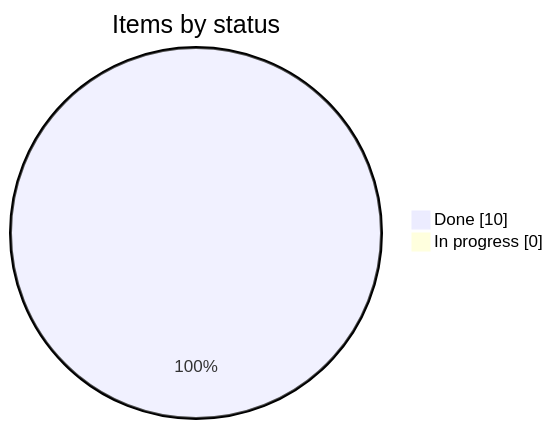
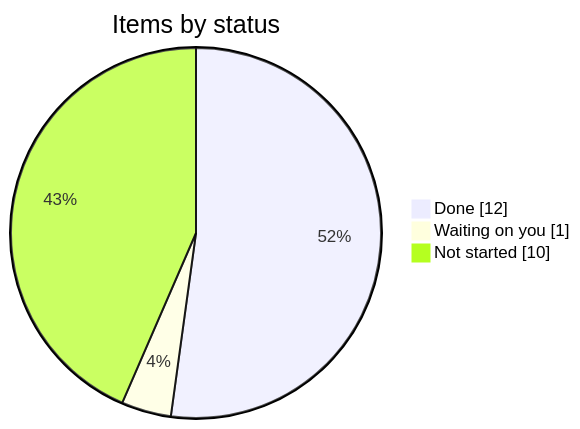
The first of 7 diagrams in AGENDA.md (wbp318/goin-postal-forsythe), drawn with Mermaid before and after one commit. The commit also changed other lines of this file and 1 other file, not shown here.

First line of the commit message:
README: rink diagram and logo-on-the-board process at the top; agenda round 2

````diff
--- a/AGENDA.md
+++ b/AGENDA.md
@@ -24,6 +42,7 @@
 ```mermaid
 pie showData
   title Items by status
-  "Done" : 10
-  "In progress" : 0
+  "Done" : 12
+  "Waiting on you" : 1
+  "Not started" : 10
 ```
````
